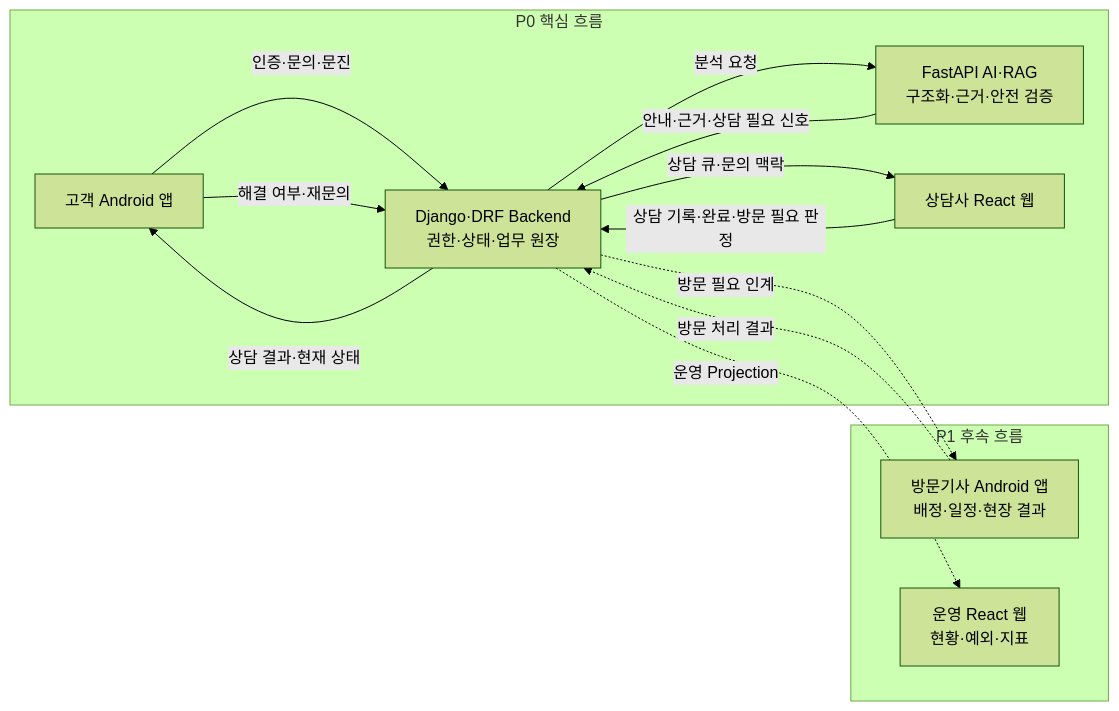
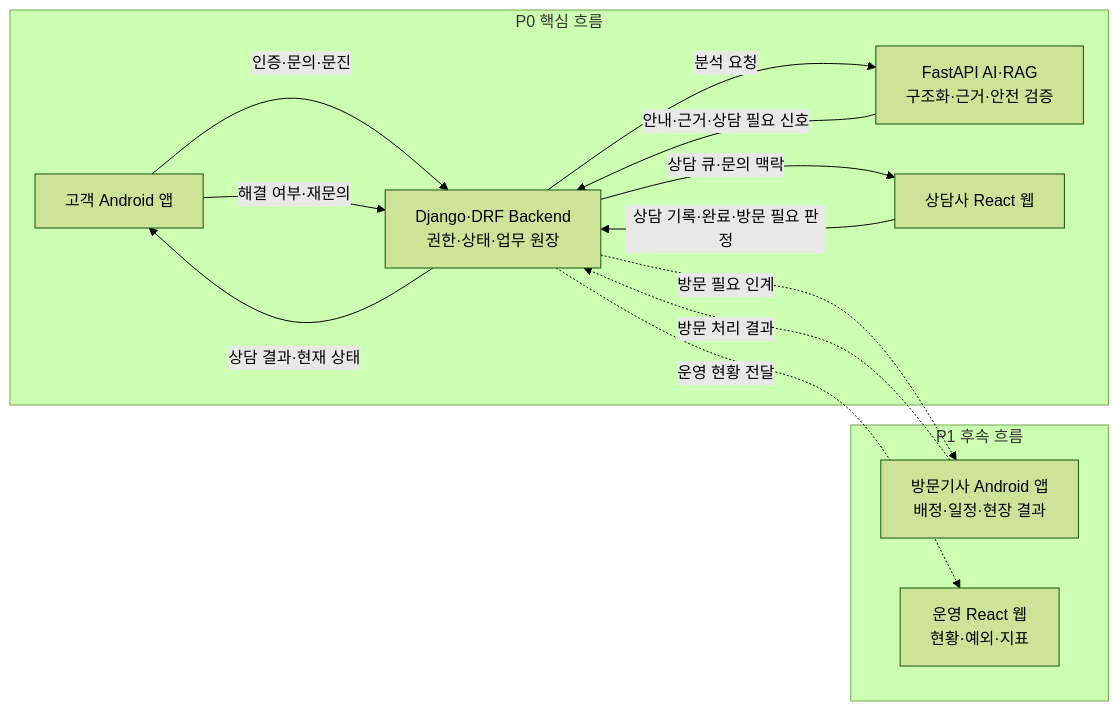
Before and after one commit to SKNETWORKS-FAMILY-AICAMP/SKN29-FINAL-4TEAM: the first of 2 diagrams in README.md, drawn with Mermaid (forest theme). The commit also changed other lines of this file, not shown here.

Commit message:
2026-09-02 | README 가독성 및 Mermaid 렌더링 수정

````diff
--- a/README.md
+++ b/README.md
@@ -132,26 +137,26 @@
 ```mermaid
 flowchart LR
     subgraph P0["P0 핵심 흐름"]
         CUSTOMER["고객 Android 앱"]
         BACKEND["Django·DRF Backend<br/>권한·상태·업무 원장"]
         AI["FastAPI AI·RAG<br/>구조화·근거·안전 검증"]
         CONSULTANT["상담사 React 웹"]
 
         CUSTOMER -->|"인증·문의·문진"| BACKEND
         BACKEND -->|"분석 요청"| AI
         AI -->|"안내·근거·상담 필요 신호"| BACKEND
         BACKEND -->|"상담 큐·문의 맥락"| CONSULTANT
         CONSULTANT -->|"상담 기록·완료·방문 필요 판정"| BACKEND
         BACKEND -->|"상담 결과·현재 상태"| CUSTOMER
         CUSTOMER -->|"해결 여부·재문의"| BACKEND
     end
 
     subgraph P1["P1 후속 흐름"]
         TECHNICIAN["방문기사 Android 앱<br/>배정·일정·현장 결과"]
         OPERATOR["운영 React 웹<br/>현황·예외·지표"]
     end
 
-    BACKEND -. "방문 필요 인계" .-> TECHNICIAN
-    TECHNICIAN -. "방문 처리 결과" .-> BACKEND
-    BACKEND -. "운영 Projection" .-> OPERATOR
+    BACKEND -.->|방문 필요 인계| TECHNICIAN
+    TECHNICIAN -.->|방문 처리 결과| BACKEND
+    BACKEND -.->|운영 현황 전달| OPERATOR
 ```
````
